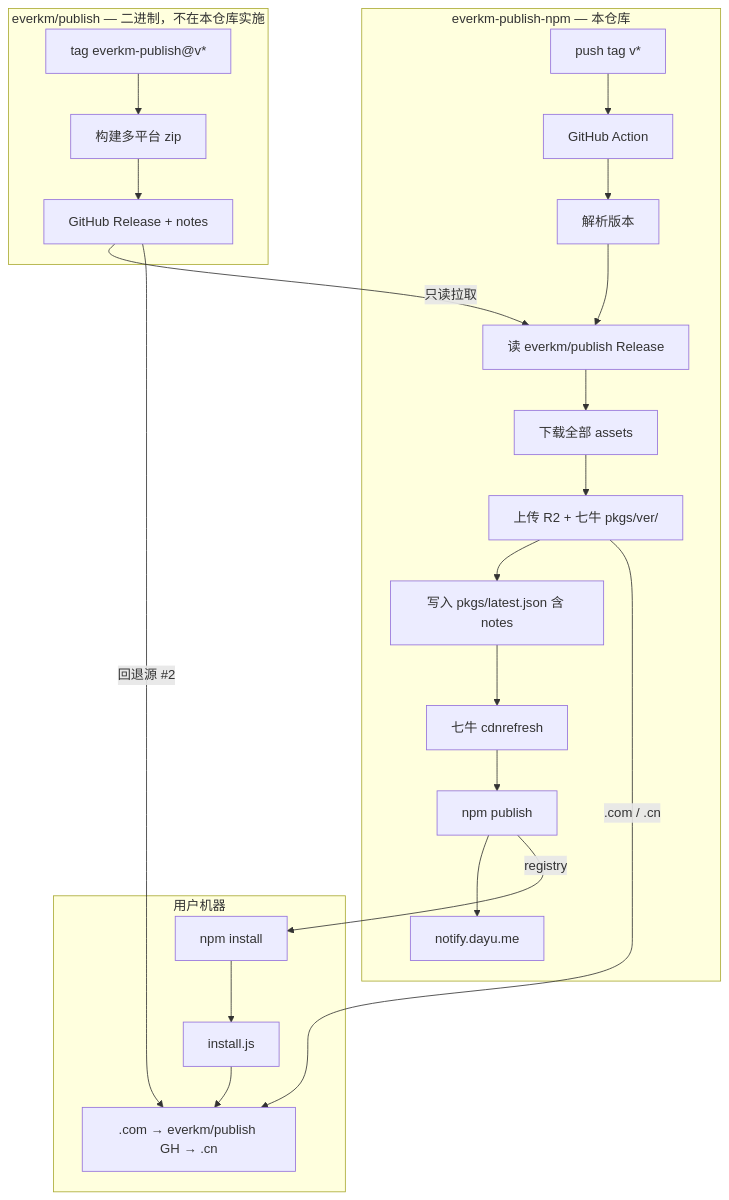
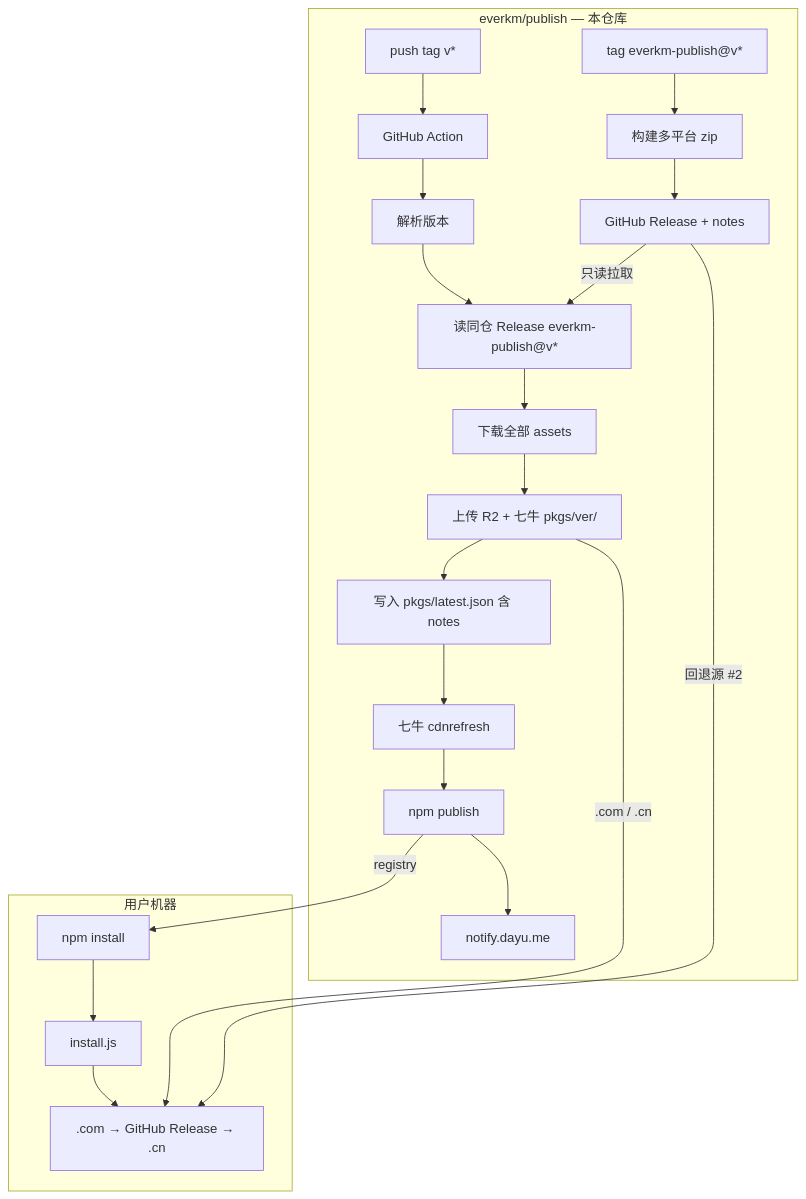
One commit to everkm/publish changed the diagram in stuff/km/260613-Plan-everkm-publish-npm-分发与发布.md. Above: the diagram before and after it, drawn with Mermaid. The commit also changed other lines of this file and 2 other files, not shown here.

First line of the commit message:
docs(repo): 澄清本仓库即 everkm/publish 单仓模型

````diff
--- a/stuff/km/260613-Plan-everkm-publish-npm-分发与发布.md
+++ b/stuff/km/260613-Plan-everkm-publish-npm-分发与发布.md
@@ -50,31 +54,29 @@
 ```mermaid
 flowchart TD
-  subgraph publish_repo [everkm/publish — 二进制，不在本仓库实施]
+  subgraph publish_repo [everkm/publish — 本仓库]
     P1[tag everkm-publish@v*]
     P2[构建多平台 zip]
     P3[GitHub Release + notes]
     P1 --> P2 --> P3
-  end
 
-  subgraph npm_repo [everkm-publish-npm — 本仓库]
     T[push tag v*] --> W[GitHub Action]
     W --> R1[解析版本]
-    R1 --> R2[读 everkm/publish Release]
+    R1 --> R2[读同仓 Release everkm-publish@v*]
     R2 --> R3[下载全部 assets]
     R3 --> R4[上传 R2 + 七牛 pkgs/ver/]
     R4 --> R5[写入 pkgs/latest.json 含 notes]
     R5 --> R6[七牛 cdnrefresh]
     R6 --> R7[npm publish]
     R7 --> N[notify.dayu.me]
   end
 
   subgraph client [用户机器]
     C1[npm install] --> C2[install.js]
-    C2 --> C3[.com → everkm/publish GH → .cn]
+    C2 --> C3[.com → GitHub Release → .cn]
   end
 
   P3 -->|只读拉取| R2
   R4 -->|.com / .cn| C3
   P3 -->|回退源 #2| C3
   R7 -->|registry| C1
 ```
````
